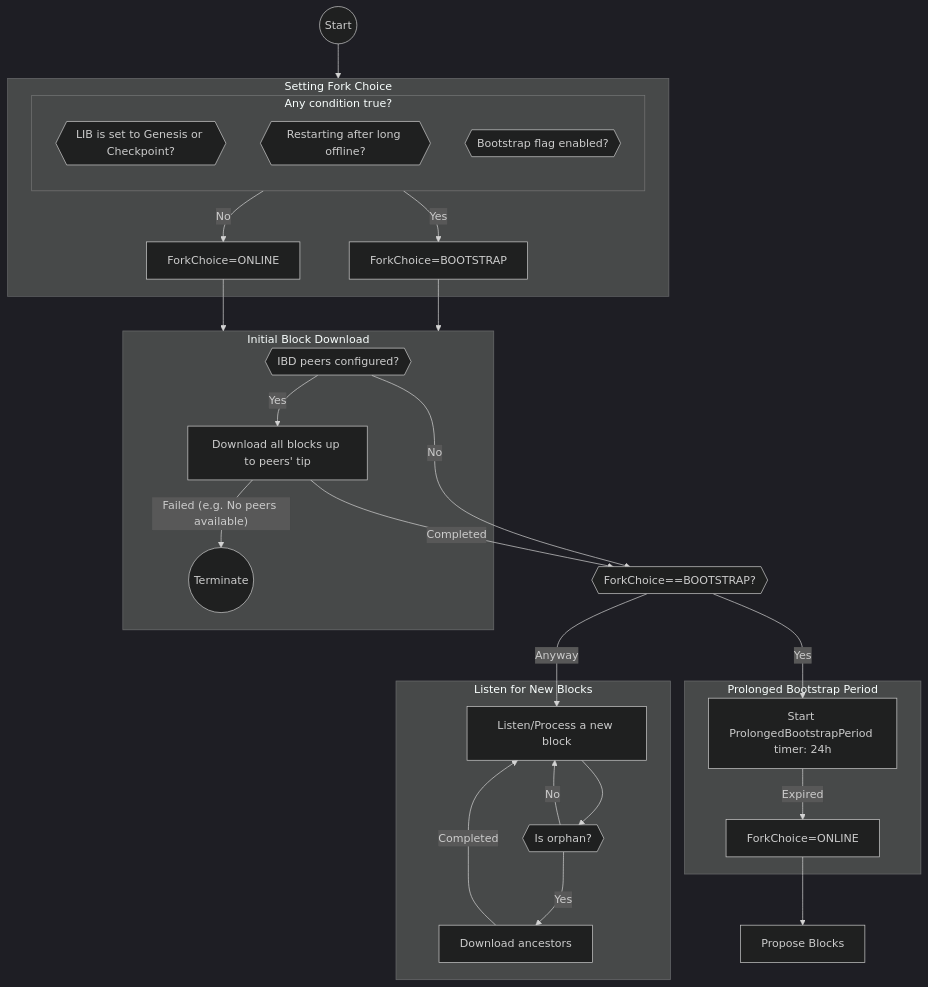
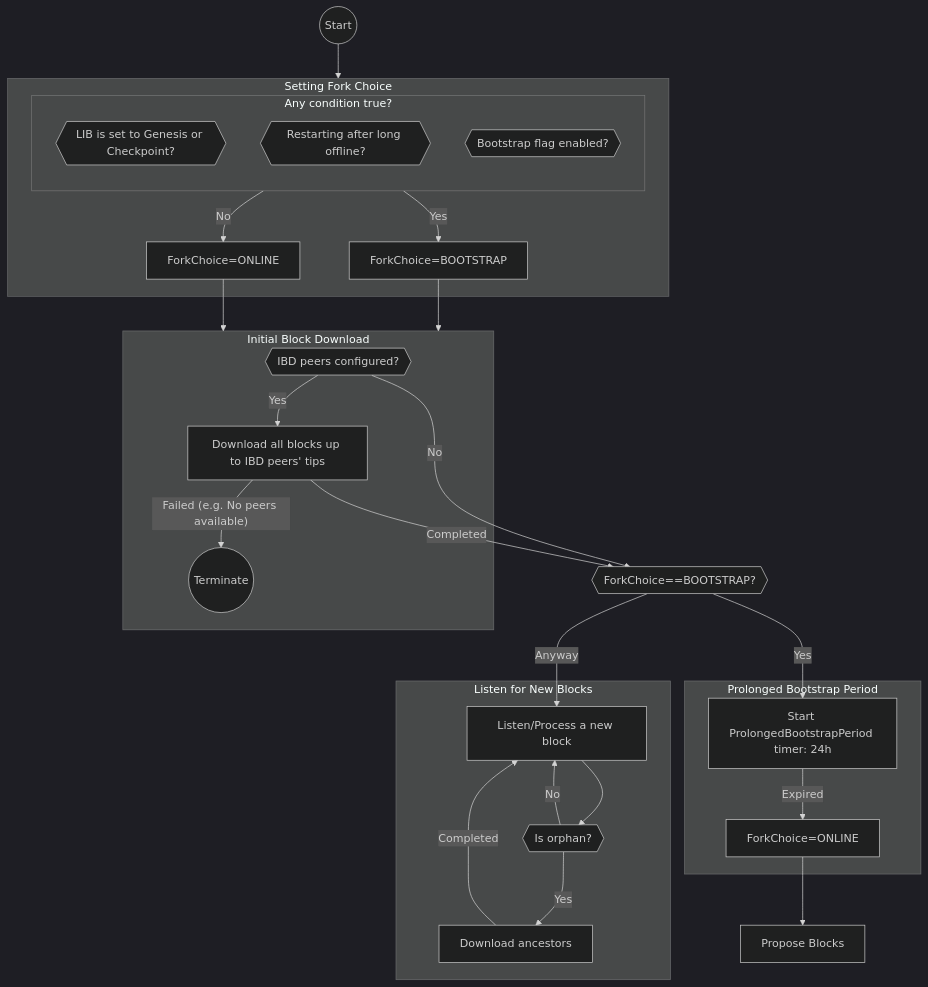
One commit to logos-co/logos-lips changed the diagram in docs/blockchain/raw/cryptarchia-v1-bootstr-sync.md. Above: the diagram before and after it, drawn with Mermaid (dark theme). The commit also changed other lines of this file, not shown here.

````diff
--- a/docs/blockchain/raw/cryptarchia-v1-bootstr-sync.md
+++ b/docs/blockchain/raw/cryptarchia-v1-bootstr-sync.md
@@ -56,36 +57,36 @@
 ```mermaid
 flowchart TD
     Start@{shape: circle, label: "Start"} --> SettingForkChoice
     subgraph SettingForkChoice[Setting Fork Choice]
         subgraph CheckBoostrap[Any condition true?]
             direction TB
             Cond1{{LIB is set to Genesis or Checkpoint?}}
             Cond2{{Restarting after long offline?}}
             Cond3{{Bootstrap flag enabled?}}
         end
     CheckBoostrap -->|Yes| SetBootstrap[ForkChoice=BOOTSTRAP]
     CheckBoostrap -->|No| SetOnline[ForkChoice=ONLINE]
     end
 
     SetBootstrap --> IBD
     SetOnline --> IBD
     subgraph IBD[Initial Block Download]
       IBDPeersConfigured{{IBD peers configured?}} --> |Yes|DownloadUpToTips
-        DownloadUpToTips[Download all blocks up to peers' tip] --> |"Failed (e.g. No peers available)"| Terminate@{shape: circle, label: "Terminate"}
+        DownloadUpToTips[Download all blocks up to IBD peers' tips] --> |"Failed (e.g. No peers available)"| Terminate@{shape: circle, label: "Terminate"}
     end
     IBDPeersConfigured --> |No|IsBootstrapRule
     DownloadUpToTips -->|Completed|IsBootstrapRule
     IsBootstrapRule{{ForkChoice==BOOTSTRAP?}}
     IsBootstrapRule -->|Yes|StartBootstrapPeriod
     IsBootstrapRule -->|Anyway|NewBlocks
     subgraph Prolonged Bootstrap Period
         StartBootstrapPeriod[Start ProlongedBootstrapPeriod timer: 24h] --> |Expired|SetOnlineAfterBootstrap[ForkChoice=ONLINE]
     end
     SetOnlineAfterBootstrap --> ProposeBlocks[Propose Blocks]
     subgraph ListenNewBlocks[Listen for New Blocks]
         NewBlocks[Listen/Process a new block] --> CheckOrphan{{Is orphan?}}
         CheckOrphan -->|Yes| HandleOrphan[Download ancestors]
         CheckOrphan -->|No| NewBlocks
         HandleOrphan --> |Completed|NewBlocks
     end
 ```
````
